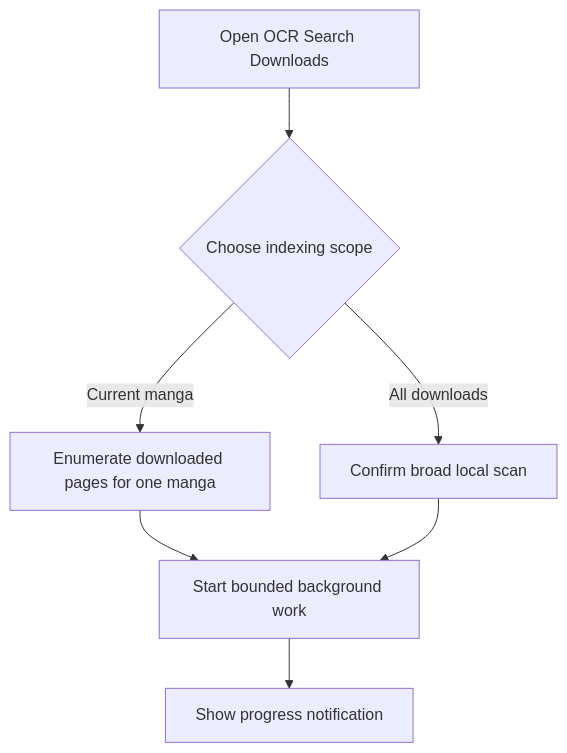
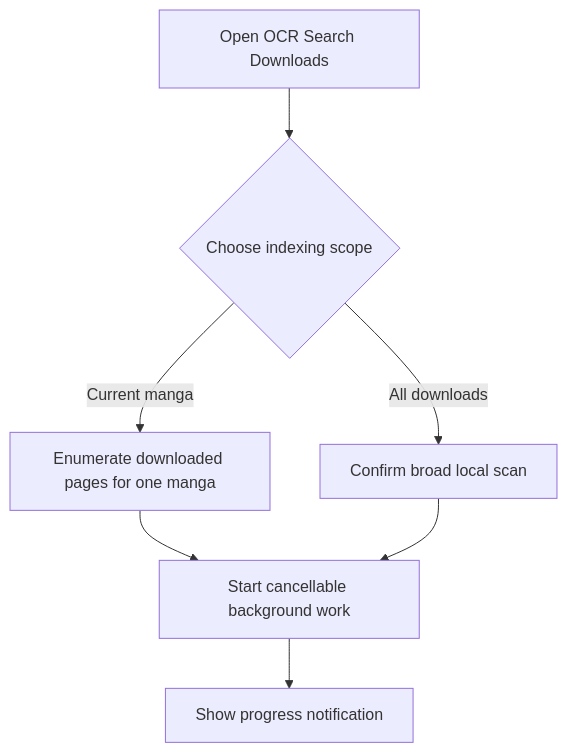
One commit to FancyCorey/komikku-KMK changed the first of 4 diagrams in docs/kmk/diagrams/ocr.md. Above: the diagram before and after it, drawn with Mermaid. The commit also changed other lines of this file and 23 other files, not shown here.

````diff
--- a/docs/kmk/diagrams/ocr.md
+++ b/docs/kmk/diagrams/ocr.md
@@ -5,9 +5,9 @@
 ```mermaid
 flowchart TD
     Open["Open OCR Search Downloads"] --> Scope{"Choose indexing scope"}
     Scope -->|Current manga| Current["Enumerate downloaded pages for one manga"]
     Scope -->|All downloads| All["Confirm broad local scan"]
-    Current --> Worker["Start bounded background work"]
+    Current --> Worker["Start cancellable background work"]
     All --> Worker
     Worker --> Notice["Show progress notification"]
 ```
````
